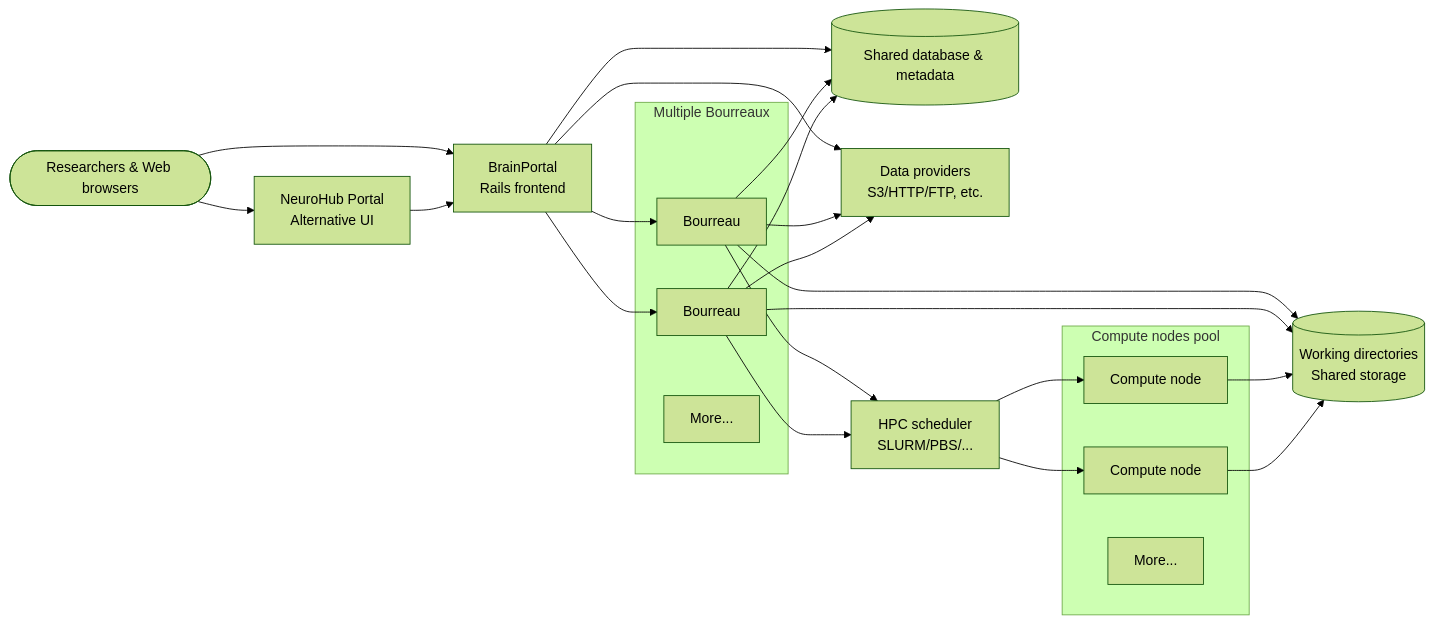
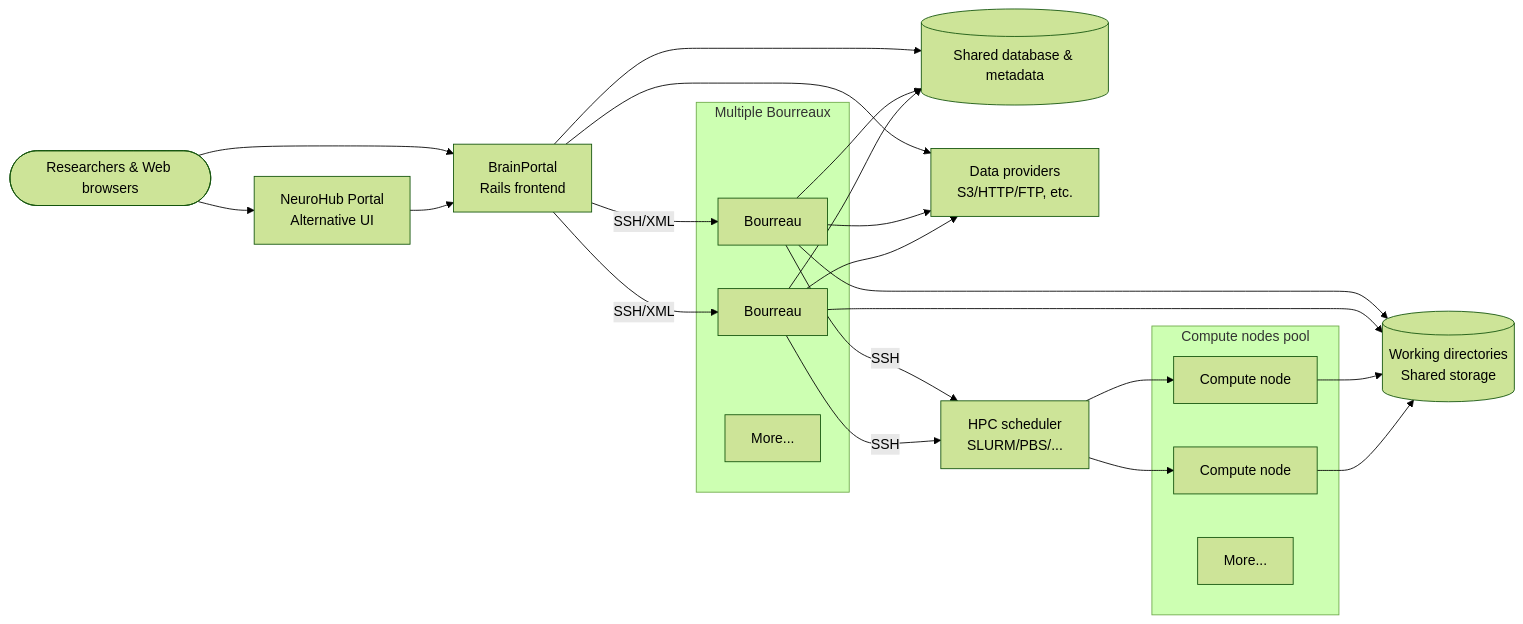
Before and after one commit to aces/cbrain: the diagram in README.md, drawn with Mermaid (forest theme). The commit also changed other lines of this file, not shown here.

Commit message:
Annotate SSH links in architecture diagram

````diff
--- a/README.md
+++ b/README.md
@@ -25,38 +25,38 @@
 ```mermaid
 flowchart LR
   Users([Researchers & Web browsers])
   NH[NeuroHub Portal<br/>Alternative UI]
   BP[BrainPortal<br/>Rails frontend]
   DB[(Shared database & metadata)]
   DP[Data providers<br/>S3/HTTP/FTP, etc.]
   subgraph Bourreaux[Multiple Bourreaux]
     BO1[Bourreau]
     BO2[Bourreau]
     BO3[More...]
   end
   Sched[HPC scheduler<br/>SLURM/PBS/...]
   subgraph ComputePool[Compute nodes pool]
     Compute1[Compute node]
     Compute2[Compute node]
     Compute3[More...]
   end
   Scratch[(Working directories<br/>Shared storage)]
 
   Users --> BP
   Users --> NH
   NH --> BP
   BP --> DB
   BP --> DP
-  BP --> BO1
-  BP --> BO2
+  BP -->|SSH/XML| BO1
+  BP -->|SSH/XML| BO2
   BO1 --> DP
   BO2 --> DP
   BO1 --> DB
   BO2 --> DB
-  BO1 --> Sched --> Compute1
-  BO2 --> Sched --> Compute2
+  BO1 -->|SSH| Sched --> Compute1
+  BO2 -->|SSH| Sched --> Compute2
   BO1 --> Scratch
   BO2 --> Scratch
   Compute1 --> Scratch
   Compute2 --> Scratch
 ```
````
